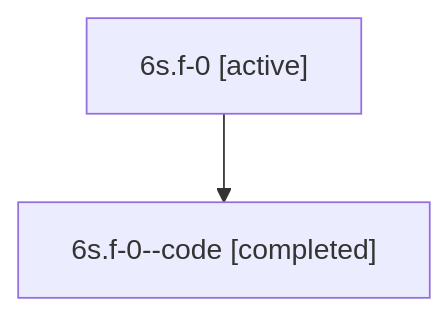
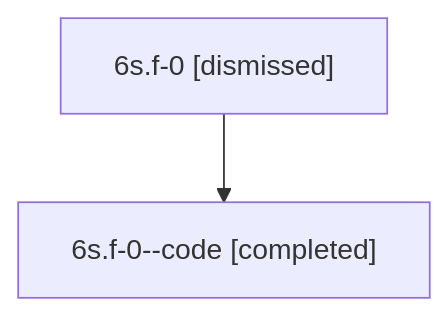
One commit to sase-org/sase--agents changed the diagram in sessions/bbugyi200.athena.6s.f-0.md. Above: the diagram before and after it, drawn with Mermaid. The commit also changed other lines of this file and 16 other files, not shown here.

````diff
--- a/sessions/bbugyi200.athena.6s.f-0.md
+++ b/sessions/bbugyi200.athena.6s.f-0.md
@@ -9,6 +9,6 @@
 ```mermaid
 flowchart TD
-  n0["6s.f-0 [active]"]
+  n0["6s.f-0 [dismissed]"]
   n1["6s.f-0--code [completed]"]
   n0 --> n1
 ```
````
